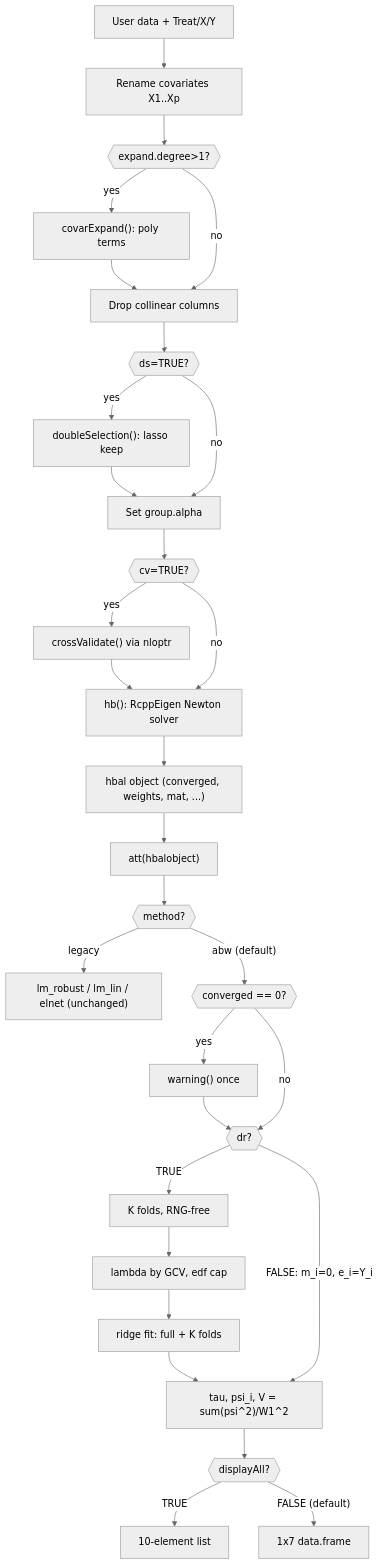
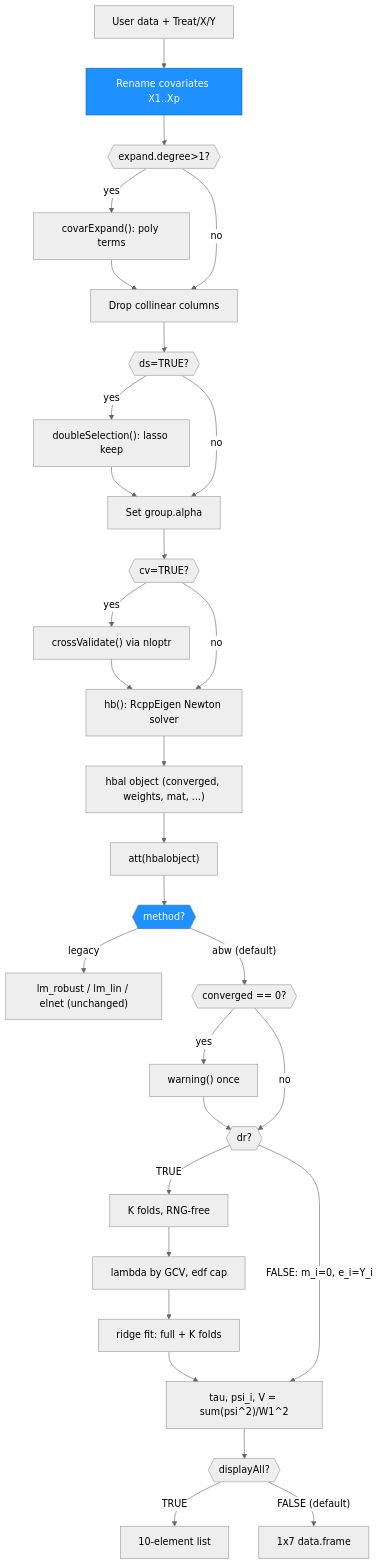
Before and after one commit to xuyiqing/hbal: the third of 3 diagrams in ARCHITECTURE.md, drawn with Mermaid. The commit also changed other lines of this file, not shown here.

````diff
--- a/ARCHITECTURE.md
+++ b/ARCHITECTURE.md
@@ -231,59 +242,62 @@
 ```mermaid
 %%{init: {'theme': 'neutral'}}%%
 graph TD
     IN["User data + Treat/X/Y"]
     REN["Rename covariates X1..Xp"]
     EXP{{"expand.degree>1?"}}
     SERIES["covarExpand(): poly terms"]
     COLLIN["Drop collinear columns"]
     DSQ{{"ds=TRUE?"}}
     DSEL["doubleSelection(): lasso keep"]
     PEN["Set group.alpha"]
     CVQ{{"cv=TRUE?"}}
     CVAL["crossValidate() via nloptr"]
     SOLVE["hb(): RcppEigen Newton solver"]
     HOBJ["hbal object (converged, weights, mat, ...)"]
     ATTCALL["att(hbalobject)"]
     MQ{{"method?"}}
     LEG["lm_robust / lm_lin / elnet (unchanged)"]
     CONV{{"converged == 0?"}}
     WARN["warning() once"]
     DRQ{{"dr?"}}
     FOLDS["K folds, RNG-free"]
     LAMB["lambda by GCV, edf cap"]
     FITS["ridge fit: full + K folds"]
     MOM["tau, psi_i, V = sum(psi^2)/W1^2"]
     DAQ{{"displayAll?"}}
     LIST["10-element list"]
     TAB["1x7 data.frame"]
 
     IN --> REN
     REN --> EXP
     EXP -- yes --> SERIES
     SERIES --> COLLIN
     EXP -- no --> COLLIN
     COLLIN --> DSQ
     DSQ -- yes --> DSEL
     DSEL --> PEN
     DSQ -- no --> PEN
     PEN --> CVQ
     CVQ -- yes --> CVAL
     CVAL --> SOLVE
     CVQ -- no --> SOLVE
     SOLVE --> HOBJ
     HOBJ --> ATTCALL
     ATTCALL --> MQ
     MQ -- "legacy" --> LEG
     MQ -- "abw (default)" --> CONV
     CONV -- yes --> WARN
     WARN --> DRQ
     CONV -- no --> DRQ
     DRQ -- "TRUE" --> FOLDS
     FOLDS --> LAMB
     LAMB --> FITS
     FITS --> MOM
     DRQ -- "FALSE: m_i=0, e_i=Y_i" --> MOM
     MOM --> DAQ
     DAQ -- TRUE --> LIST
     DAQ -- "FALSE (default)" --> TAB
+
+    style REN fill:#1e90ff,stroke:#1565c0,color:#fff
+    style MQ fill:#1e90ff,stroke:#1565c0,color:#fff
 ```
````
